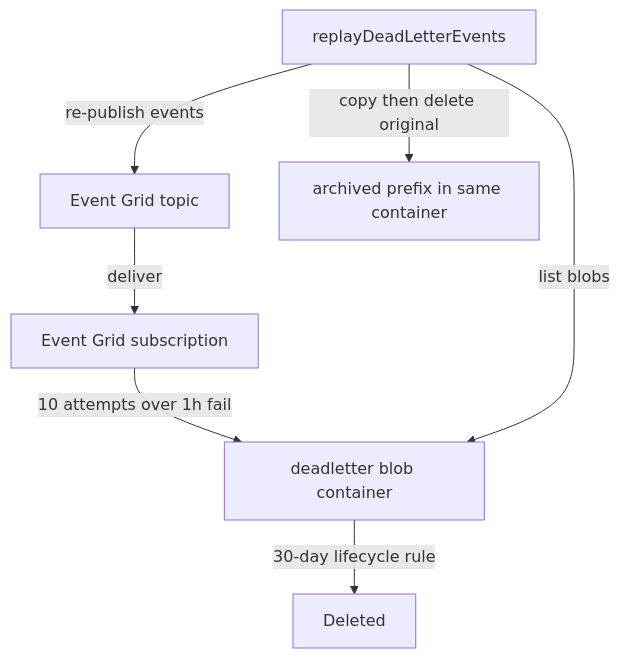
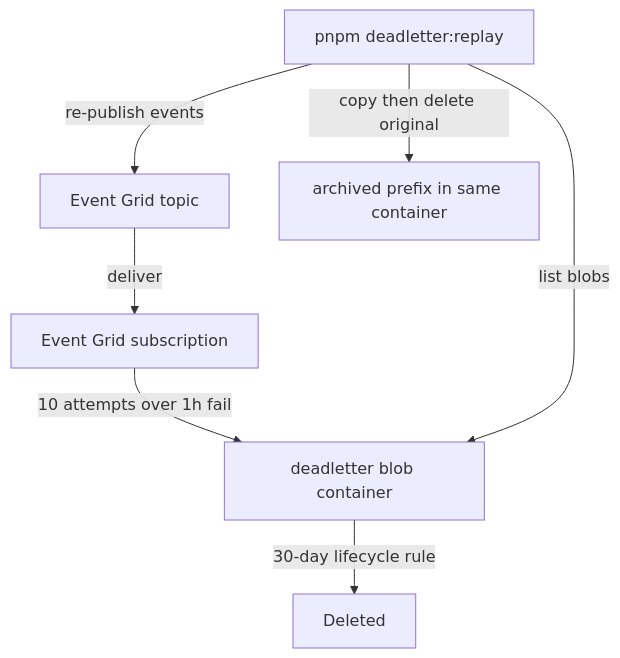
Before and after one commit to Esposter/Esposter: the diagram in packages/app/content/docs/infra/eventgrid-dead-letter.md, drawn with Mermaid. The commit also changed other lines of this file and 11 other files, not shown here.

First line of the commit message:
refactor: move dead-letter replay into the app that owns its env

````diff
--- a/packages/app/content/docs/infra/eventgrid-dead-letter.md
+++ b/packages/app/content/docs/infra/eventgrid-dead-letter.md
@@ -18,9 +18,9 @@
 ```mermaid
 flowchart TD
   topic[Event Grid topic] -->|deliver| sub[Event Grid subscription]
   sub -->|10 attempts over 1h fail| dead[deadletter blob container]
   dead -->|30-day lifecycle rule| gone[Deleted]
-  script[replayDeadLetterEvents] -->|list blobs| dead
+  script[pnpm deadletter:replay] -->|list blobs| dead
   script -->|re-publish events| topic
   script -->|copy then delete original| archived[archived prefix in same container]
 ```
````
